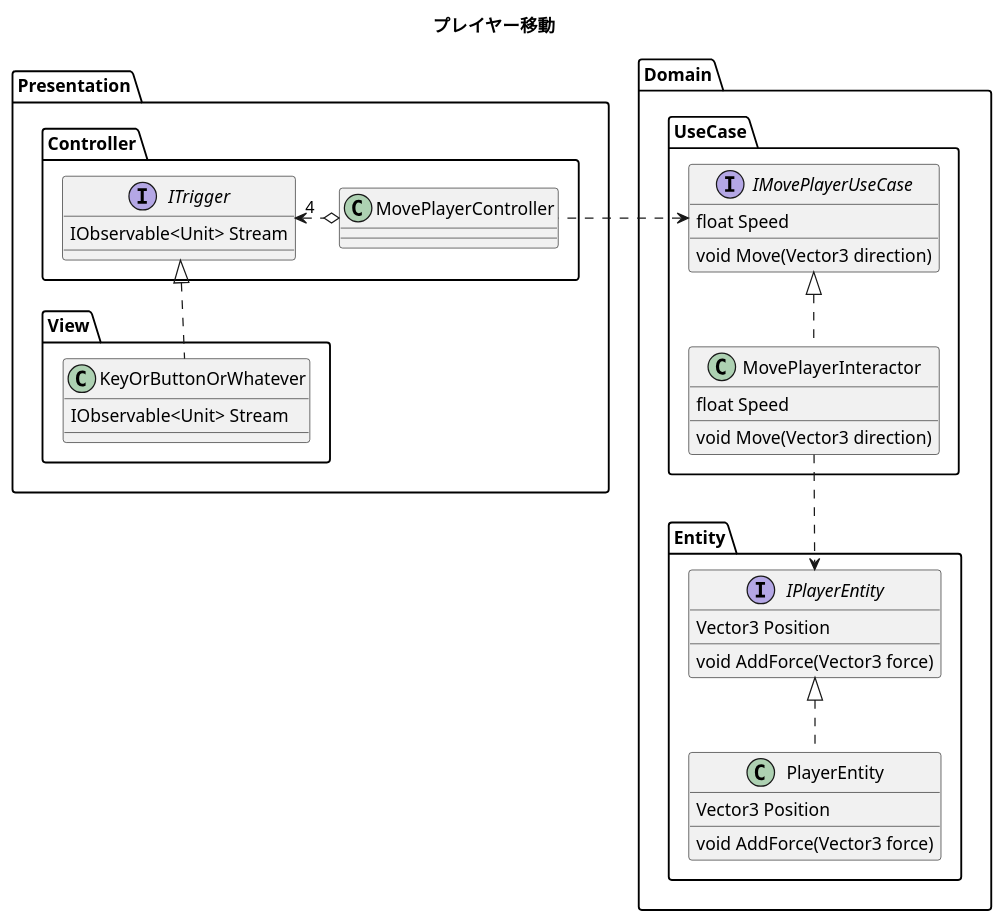
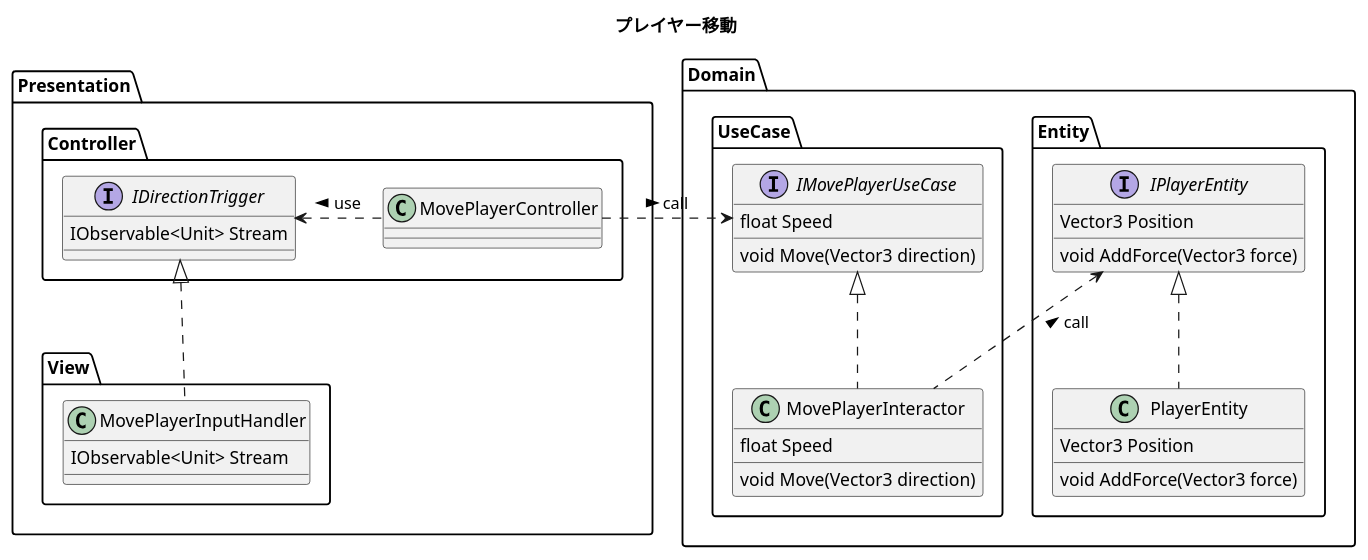
One commit to mtmt/study-cafu-roll-a-ball changed the diagram in doc/move-player.puml. Above: the diagram before and after it, drawn with PlantUML.

Commit message:
「プレイヤー移動」クラス図の修正

```diff
--- a/doc/move-player.puml
+++ b/doc/move-player.puml
@@ -1,53 +1,53 @@
 @startuml
 
 title プレイヤー移動
 
 package Domain {
     package Entity {
         interface IPlayerEntity {
             Vector3 Position
             void AddForce(Vector3 force)
         }
         class PlayerEntity {
             Vector3 Position
             void AddForce(Vector3 force)
         }
     }
     package UseCase {
         interface IMovePlayerUseCase {
             float Speed
             void Move(Vector3 direction)
         }
         class MovePlayerInteractor {
             float Speed
             void Move(Vector3 direction)
         }
     }
 }
 package Presentation {
     package Controller {
-        interface ITrigger {
+        interface IDirectionTrigger {
             IObservable<Unit> Stream
         }
         class MovePlayerController {
         }
     }
     package View {
-        class KeyOrButtonOrWhatever {
+        class MovePlayerInputHandler {
             IObservable<Unit> Stream
         }
     }
 }
 
 IPlayerEntity <|.. PlayerEntity
 
 IMovePlayerUseCase <|.. MovePlayerInteractor
-MovePlayerInteractor ..> IPlayerEntity
+MovePlayerInteractor .up.> IPlayerEntity : call >
 
-MovePlayerController o.left.> "4" ITrigger
-MovePlayerController .left.> IMovePlayerUseCase
+MovePlayerController .right.> IMovePlayerUseCase : call >
+MovePlayerController .left.> IDirectionTrigger : use >
 
-ITrigger <|.. KeyOrButtonOrWhatever
+IDirectionTrigger <|.. MovePlayerInputHandler
 
 
 @enduml
```
